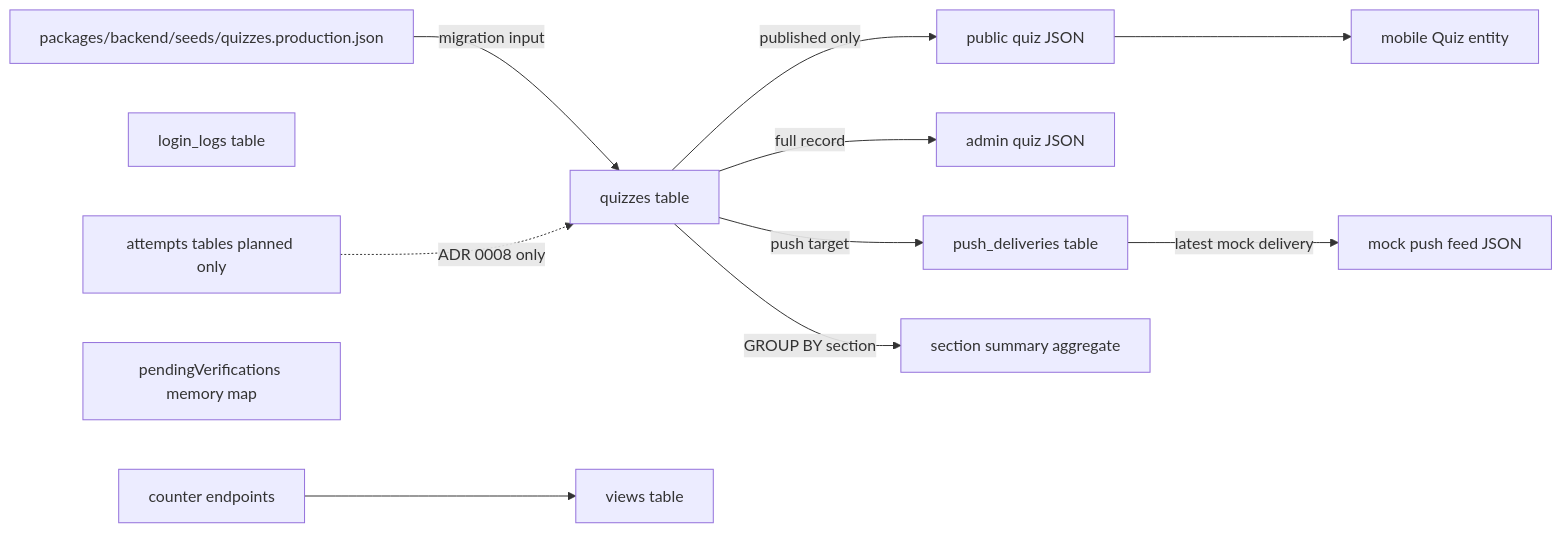
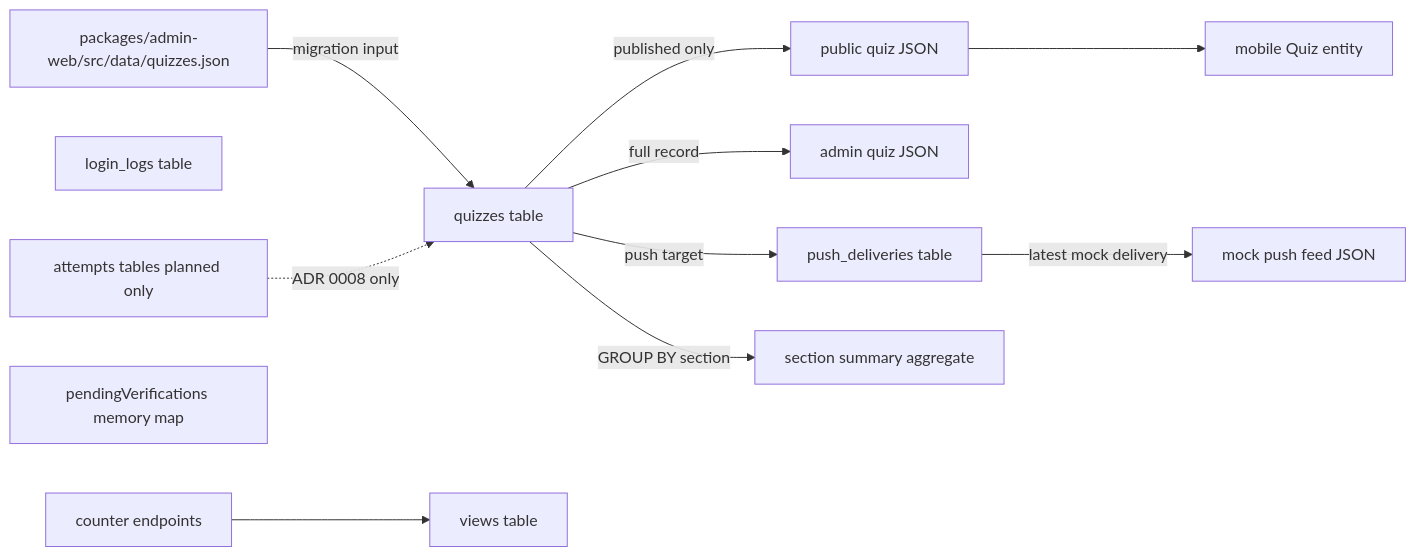
One commit to Yoshinaga123/quiz changed the first of 2 diagrams in docs/architecture/data-model.md. Above: the diagram before and after it, drawn with Mermaid. The commit also changed other lines of this file and 125 other files, not shown here.

````diff
--- a/docs/architecture/data-model.md
+++ b/docs/architecture/data-model.md
@@ -8,26 +8,26 @@
 ```mermaid
 flowchart LR
-    Seed["packages/backend/seeds/quizzes.production.json"]
+    Seed["packages/admin-web/src/data/quizzes.json"]
     Quizzes["quizzes table"]
     Views["views table"]
     LoginLogs["login_logs table"]
     PushDeliveries["push_deliveries table"]
     Counter["counter endpoints"]
     AdminQuiz["admin quiz JSON"]
     PublicQuiz["public quiz JSON"]
     SectionSummary["section summary aggregate"]
     MockPushFeed["mock push feed JSON"]
     MobileQuiz["mobile Quiz entity"]
     Verification["pendingVerifications memory map"]
     Attempts["attempts tables planned only"]
 
     Seed -->|migration input| Quizzes
     Quizzes -->|full record| AdminQuiz
     Quizzes -->|published only| PublicQuiz
     Quizzes -->|GROUP BY section| SectionSummary
     Quizzes -->|push target| PushDeliveries
     PushDeliveries -->|latest mock delivery| MockPushFeed
     PublicQuiz --> MobileQuiz
     Counter --> Views
     Attempts -. ADR 0008 only .-> Quizzes
 ```
````
